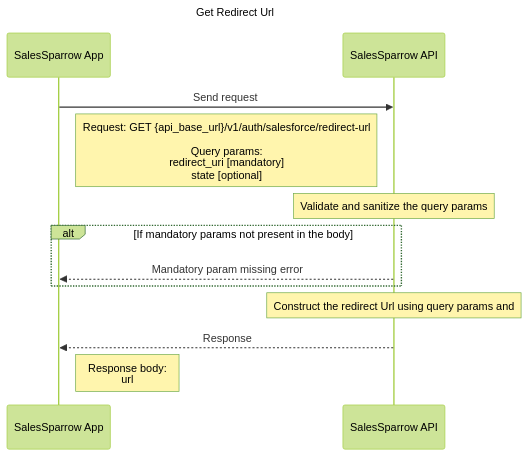
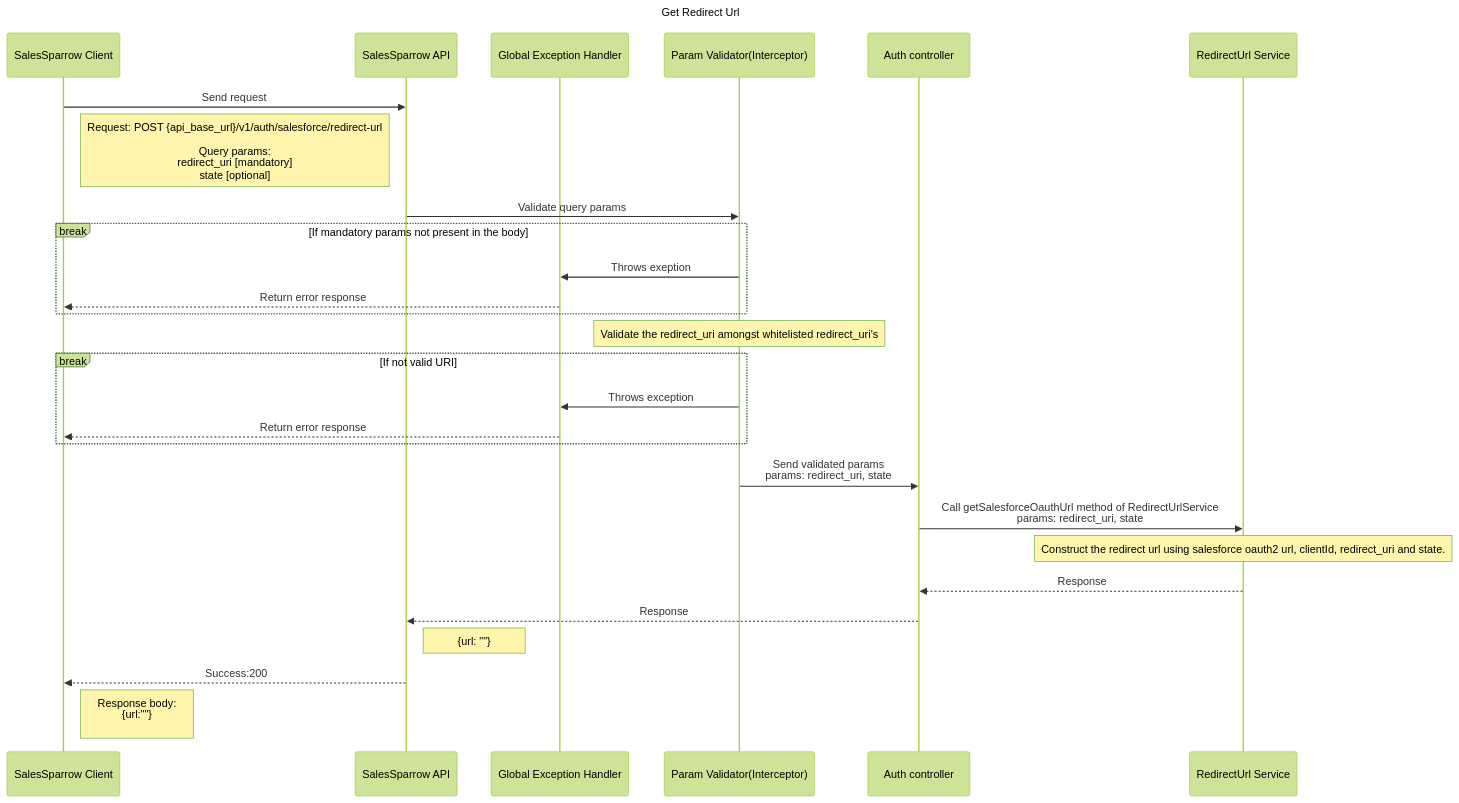
One commit to TrueSparrowSystems/AI-SalesSparrow-Docs changed the diagram in sequenceDiagrams/Auth/RedirectUrl.mermaid. Above: the diagram before and after it, drawn with Mermaid (forest theme). The commit also changed 1 other file, not shown here.

Commit message:
Updated Sequence diagrams for Redirecturl & getcurrentUser.

```diff
--- a/sequenceDiagrams/Auth/RedirectUrl.mermaid
+++ b/sequenceDiagrams/Auth/RedirectUrl.mermaid
@@ -1,15 +1,37 @@
 sequenceDiagram
   title Get Redirect Url
-    participant ui as SalesSparrow App
+    participant ui as SalesSparrow Client
     participant api as SalesSparrow API
+    participant exceptionHandler as Global Exception Handler
+    participant validator as Param Validator(Interceptor)
+    participant controller as Auth controller
+    participant service as RedirectUrl Service
+    
     ui->>api:  Send request 
-    note right of ui: Request: GET {api_base_url}/v1/auth/salesforce/redirect-url<br><br>Query params: <br>redirect_uri [mandatory] <br>state [optional] 
+    note right of ui: Request: POST {api_base_url}/v1/auth/salesforce/redirect-url<br><br>Query params: <br>redirect_uri [mandatory] <br>state [optional] 
 
-    note over api: Validate and sanitize the query params
-    alt If mandatory params not present in the body
-        api-->>ui: Mandatory param missing error
+    api->>validator: Validate query params
+    
+
+    break If mandatory params not present in the body
+        validator->>exceptionHandler: Throws exeption
+        exceptionHandler-->>ui:Return error response 
     end
 
-    note over api: Construct the redirect Url using query params and 
-    api-->>ui: Response 
-    note right of ui: Response body: <br>url
+    note over validator: Validate the redirect_uri amongst whitelisted redirect_uri's
+    break If not valid URI
+        validator->>exceptionHandler: Throws exception 
+        exceptionHandler-->>ui: Return error response
+    end
+
+    validator->>controller: Send validated params <br> params: redirect_uri, state
+
+    controller->>service: Call getSalesforceOauthUrl method of RedirectUrlService<br> params: redirect_uri, state
+    note over service: Construct the redirect url using salesforce oauth2 url, clientId, redirect_uri and state. 
+
+    service-->> controller: Response
+    controller-->>api: Response
+    note right of api: {url: ""}
+
+    api-->>ui: Success:200
+    note right of ui: Response body:<br> {url:""}<br>
```
